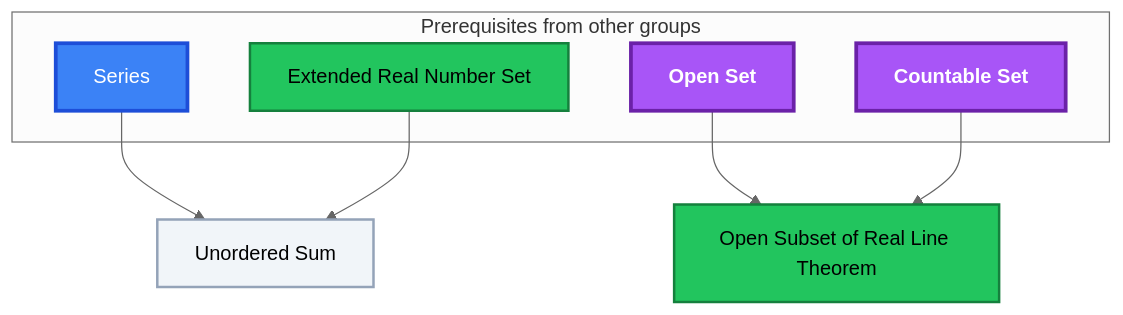
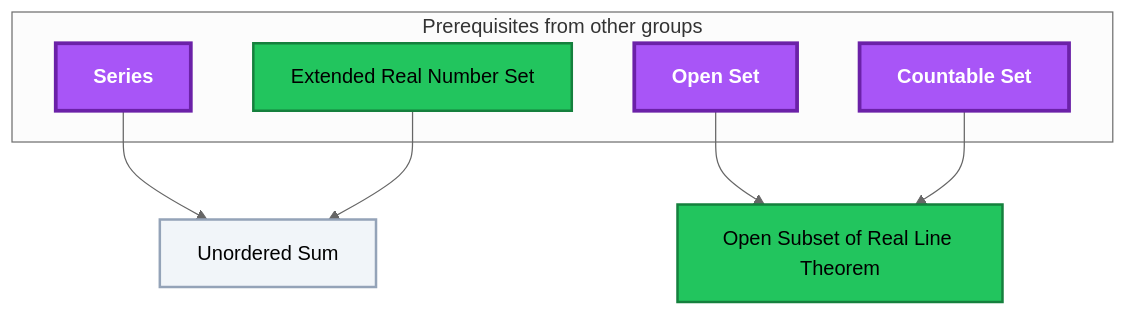
The fifth of 13 diagrams in Gamification/Skill Trees/Measure Theory.md (MRauf1/My-Notes), drawn with Mermaid (neutral theme) before and after one commit. The commit also changed other lines of this file and 73 other files, not shown here.

````diff
--- a/Gamification/Skill Trees/Measure Theory.md
+++ b/Gamification/Skill Trees/Measure Theory.md
@@ -160,29 +160,28 @@
 ```mermaid
 flowchart TD
     classDef planned fill:#1E293B,stroke:#64748B,stroke-width:2px,stroke-dasharray:5 5,color:#94A3B8;
     classDef locked fill:#334155,stroke:#475569,stroke-width:2px,color:#94A3B8;
     classDef L0 fill:#F1F5F9,stroke:#94A3B8,stroke-width:2px,color:#000000;
     classDef L1 fill:#22C55E,stroke:#15803D,stroke-width:2px,color:#000000;
     classDef L2 fill:#3B82F6,stroke:#1D4ED8,stroke-width:3px,color:#FFFFFF;
     classDef L3 fill:#A855F7,stroke:#6B21A8,stroke-width:3px,color:#FFFFFF,font-weight:bold;
     classDef L4 fill:#F97316,stroke:#C2410C,stroke-width:4px,color:#000000,font-weight:bold;
     classDef L5 fill:#FFD700,stroke:#FF8C00,stroke-width:5px,color:#000000,font-weight:bold;
     classDef rusty stroke:#8B4513,stroke-width:4px,stroke-dasharray:3 3;
     subgraph sg_prereqs["Prerequisites from other groups"]
         n_series["Series"]
         n_extended_real_number_set["Extended Real Number Set"]
         n_open_set["Open Set"]
         n_countable_set["Countable Set"]
     end
     n_unordered_sum["Unordered Sum"]
     n_open_subset_of_real_line_theorem["Open Subset of Real Line Theorem"]
     n_series --> n_unordered_sum
     n_extended_real_number_set --> n_unordered_sum
     n_open_set --> n_open_subset_of_real_line_theorem
     n_countable_set --> n_open_subset_of_real_line_theorem
     class n_unordered_sum L0;
     class n_extended_real_number_set,n_open_subset_of_real_line_theorem L1;
-    class n_series L2;
-    class n_open_set,n_countable_set L3;
+    class n_series,n_open_set,n_countable_set L3;
     class n_series,n_extended_real_number_set,n_open_set,n_countable_set,n_unordered_sum,n_open_subset_of_real_line_theorem internal-link;
 ```
````
